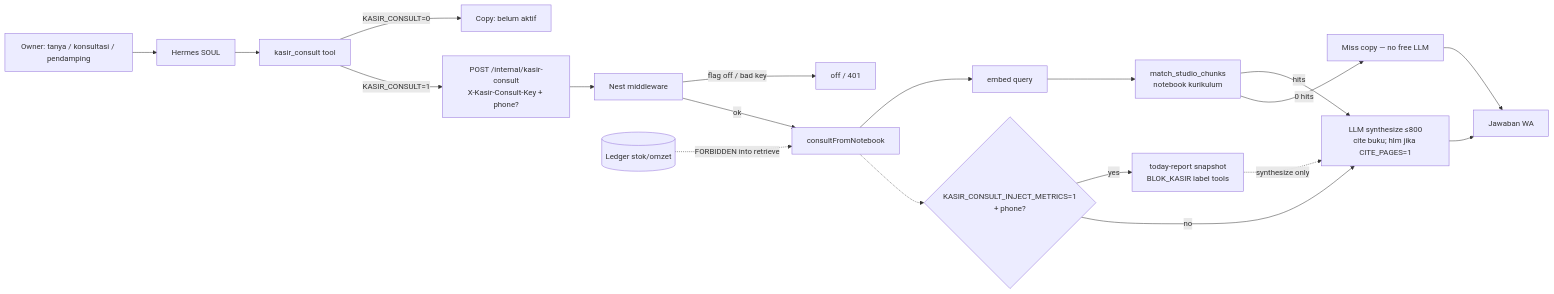
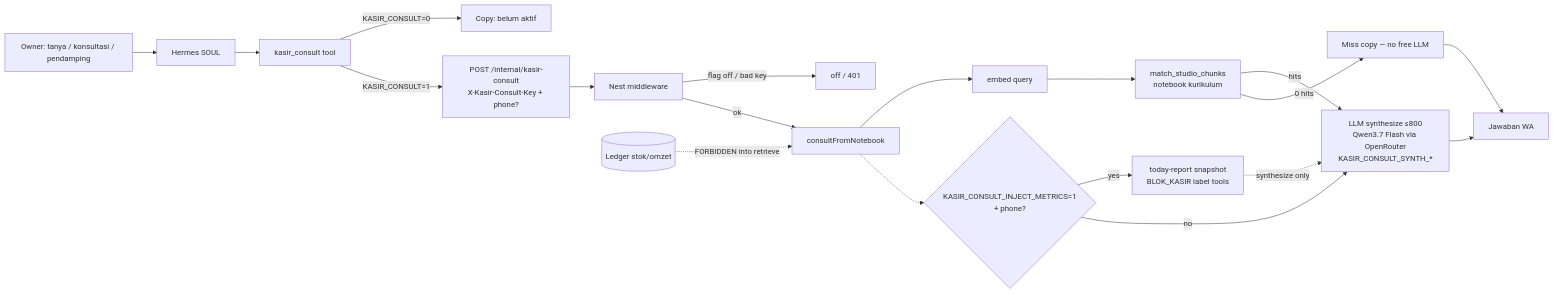
The diagram in diagrams/aistudio/umkm-wa/system/L9-kasir-consult.mmd (nusantarasoft/juragan-aibuilder-cup), drawn with Mermaid before and after one commit. The commit also changed 29 other files, not shown here.

First line of the commit message:
feat(kasir): OpenRouter Nest provider + Qwen3.7 consult synthesize

```diff
--- a/diagrams/aistudio/umkm-wa/system/L9-kasir-consult.mmd
+++ b/diagrams/aistudio/umkm-wa/system/L9-kasir-consult.mmd
@@ -1,25 +1,25 @@
 %% System L9: kurikulum consult hop (eng / ops)
 %% Hermes kasir_consult → Nest double-gate → Studio RAG notebook → WA copy
 %% Optional: KASIR_CONSULT_CITE_PAGES / KASIR_CONSULT_INJECT_METRICS (default off)
 flowchart LR
   O[Owner: tanya / konsultasi / pendamping] --> H[Hermes SOUL]
   H --> T[kasir_consult tool]
   T -->|KASIR_CONSULT=0| Off[Copy: belum aktif]
   T -->|KASIR_CONSULT=1| HTTP[POST /internal/kasir-consult<br/>X-Kasir-Consult-Key + phone?]
   HTTP --> N[Nest middleware]
   N -->|flag off / bad key| Off2[off / 401]
   N -->|ok| Rag[consultFromNotebook]
   Rag --> Emb[embed query]
   Emb --> Match[match_studio_chunks<br/>notebook kurikulum]
-  Match -->|hits| Syn[LLM synthesize ≤800<br/>cite buku; hlm jika CITE_PAGES=1]
+  Match -->|hits| Syn[LLM synthesize ≤800<br/>Qwen3.7 Flash via OpenRouter<br/>KASIR_CONSULT_SYNTH_*]
   Match -->|0 hits| Miss[Miss copy — no free LLM]
   Syn --> WA[Jawaban WA]
   Miss --> WA
 
   Inj{KASIR_CONSULT_INJECT_METRICS=1<br/>+ phone?}
   Rag -.-> Inj
   Inj -->|yes| Snap[today-report snapshot<br/>BLOK_KASIR label tools]
   Snap -.->|synthesize only| Syn
   Inj -->|no| Syn
 
   DB[(Ledger stok/omzet)] -.->|FORBIDDEN into retrieve| Rag
```
